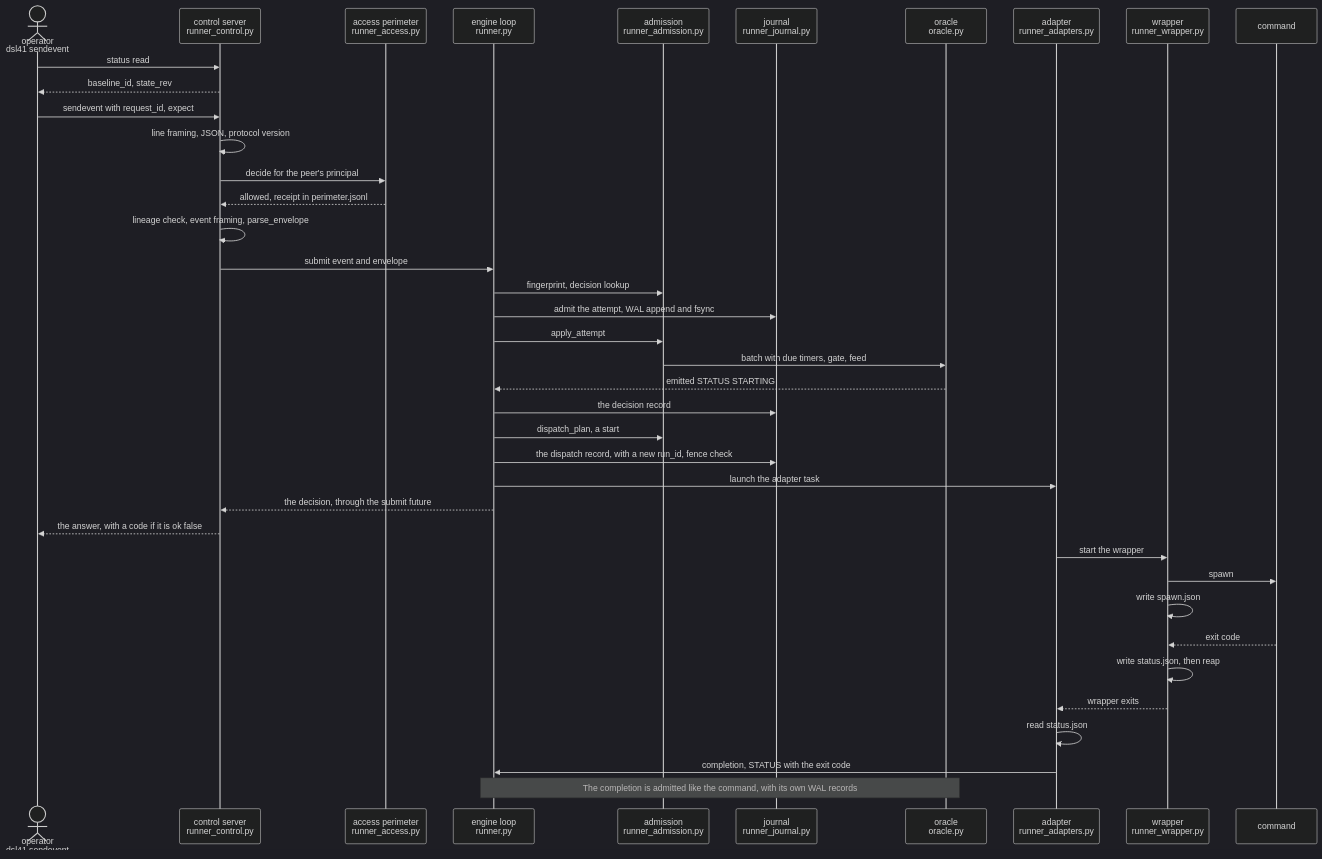
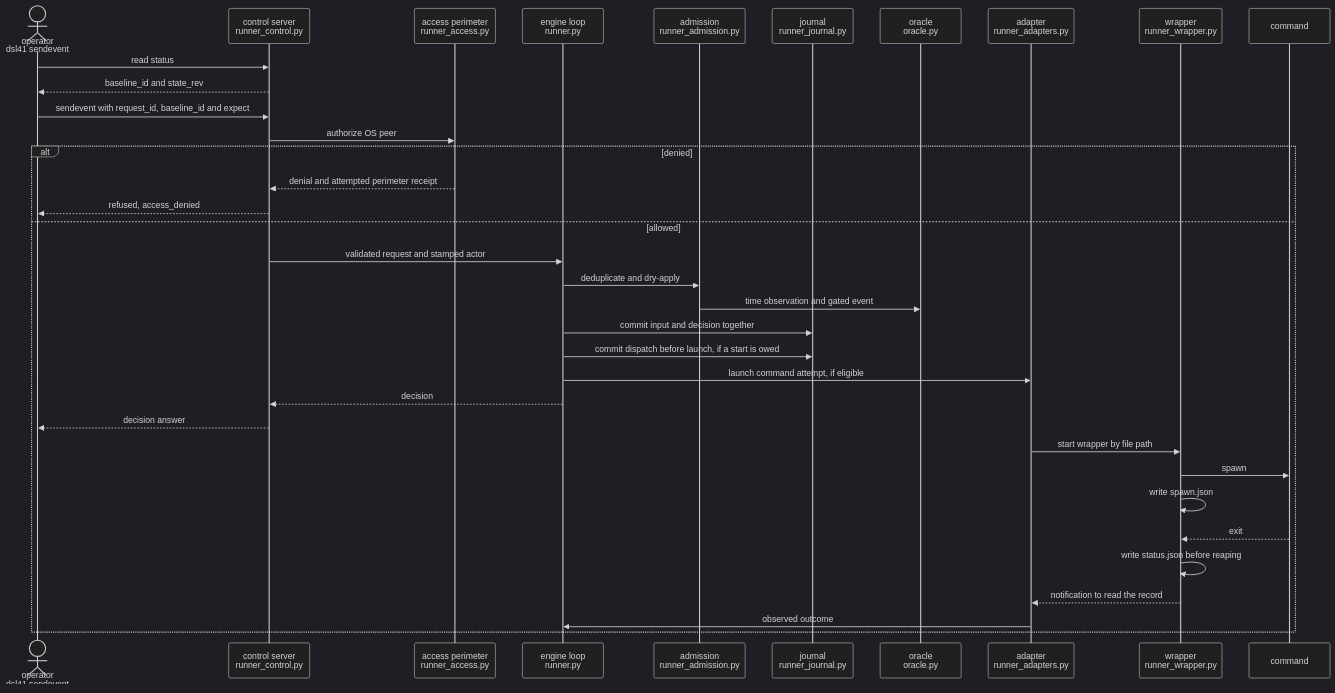
Before and after one commit to mrbald/dsl41: the fourth of 4 diagrams in docs/architecture.md, drawn with Mermaid (dark theme). The commit also changed other lines of this file and 4 other files, not shown here.

````diff
--- a/docs/architecture.md
+++ b/docs/architecture.md
@@ -220,41 +206,37 @@
 ```mermaid
 sequenceDiagram
   actor Op as operator<br/>dsl41 sendevent
   participant Ctl as control server<br/>runner_control.py
   participant Acc as access perimeter<br/>runner_access.py
   participant Eng as engine loop<br/>runner.py
   participant Adm as admission<br/>runner_admission.py
   participant Jr as journal<br/>runner_journal.py
   participant Orc as oracle<br/>oracle.py
   participant Ad as adapter<br/>runner_adapters.py
   participant Wr as wrapper<br/>runner_wrapper.py
   participant Cmd as command
-  Op->>Ctl: status read
-  Ctl-->>Op: baseline_id, state_rev
-  Op->>Ctl: sendevent with request_id, expect
-  Ctl->>Ctl: line framing, JSON, protocol version
-  Ctl->>Acc: decide for the peer's principal
-  Acc-->>Ctl: allowed, receipt in perimeter.jsonl
-  Ctl->>Ctl: lineage check, event framing, parse_envelope
-  Ctl->>Eng: submit event and envelope
-  Eng->>Adm: fingerprint, decision lookup
-  Eng->>Jr: admit the attempt, WAL append and fsync
-  Eng->>Adm: apply_attempt
-  Adm->>Orc: batch with due timers, gate, feed
-  Orc-->>Eng: emitted STATUS STARTING
-  Eng->>Jr: the decision record
-  Eng->>Adm: dispatch_plan, a start
-  Eng->>Jr: the dispatch record, with a new run_id, fence check
-  Eng->>Ad: launch the adapter task
-  Eng-->>Ctl: the decision, through the submit future
-  Ctl-->>Op: the answer, with a code if it is ok false
-  Ad->>Wr: start the wrapper
-  Wr->>Cmd: spawn
-  Wr->>Wr: write spawn.json
-  Cmd-->>Wr: exit code
-  Wr->>Wr: write status.json, then reap
-  Wr-->>Ad: wrapper exits
-  Ad->>Ad: read status.json
-  Ad->>Eng: completion, STATUS with the exit code
-  Note over Eng,Orc: The completion is admitted like the command, with its own WAL records
+  Op->>Ctl: read status
+  Ctl-->>Op: baseline_id and state_rev
+  Op->>Ctl: sendevent with request_id, baseline_id and expect
+  Ctl->>Acc: authorize OS peer
+  alt denied
+    Acc-->>Ctl: denial and attempted perimeter receipt
+    Ctl-->>Op: refused, access_denied
+  else allowed
+    Ctl->>Eng: validated request and stamped actor
+    Eng->>Adm: deduplicate and dry-apply
+    Adm->>Orc: time observation and gated event
+    Eng->>Jr: commit input and decision together
+    Eng->>Jr: commit dispatch before launch, if a start is owed
+    Eng->>Ad: launch command attempt, if eligible
+    Eng-->>Ctl: decision
+    Ctl-->>Op: decision answer
+    Ad->>Wr: start wrapper by file path
+    Wr->>Cmd: spawn
+    Wr->>Wr: write spawn.json
+    Cmd-->>Wr: exit
+    Wr->>Wr: write status.json before reaping
+    Wr-->>Ad: notification to read the record
+    Ad->>Eng: observed outcome
+  end
 ```
````
